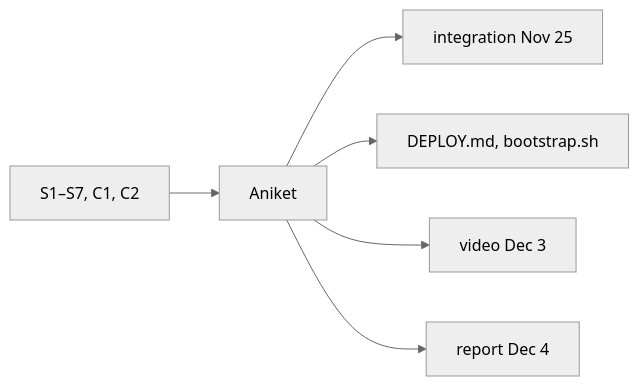
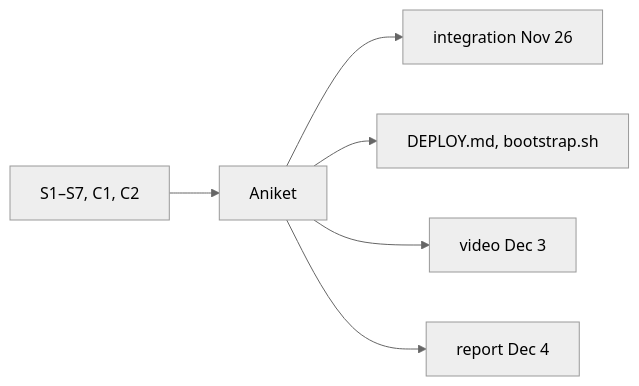
Before and after one commit to Itsme-aniketghosh/Meridian: the diagram in Model-Deployment/packets/aniket-lead/README.md, drawn with Mermaid (neutral theme). The commit also changed other lines of this file and 7 other files, not shown here.

````diff
--- a/Model-Deployment/packets/aniket-lead/README.md
+++ b/Model-Deployment/packets/aniket-lead/README.md
@@ -11,8 +11,8 @@
 ```mermaid
 flowchart LR
   all["S1–S7, C1, C2"] --> me["Aniket"]
-  me --> integ["integration Nov 25"]
+  me --> integ["integration Nov 26"]
   me --> s8["DEPLOY.md, bootstrap.sh"]
   me --> vid["video Dec 3"]
   me --> rep["report Dec 4"]
 ```
````
